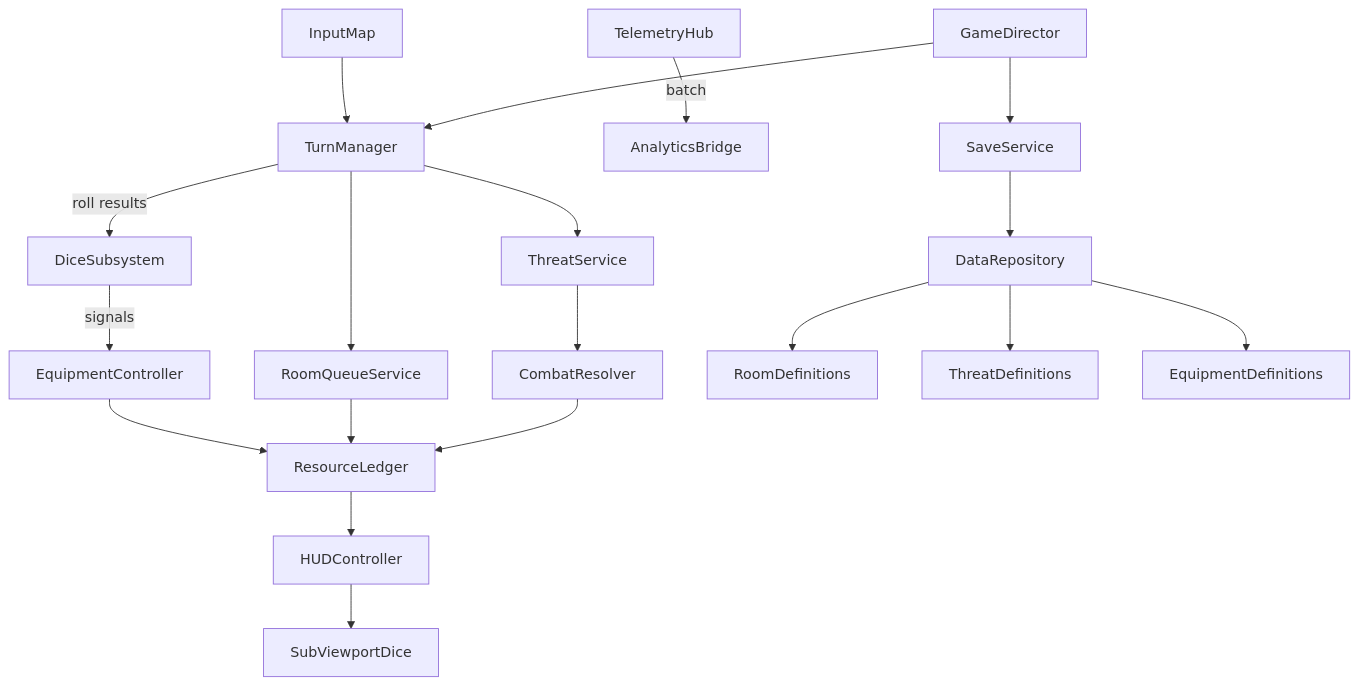
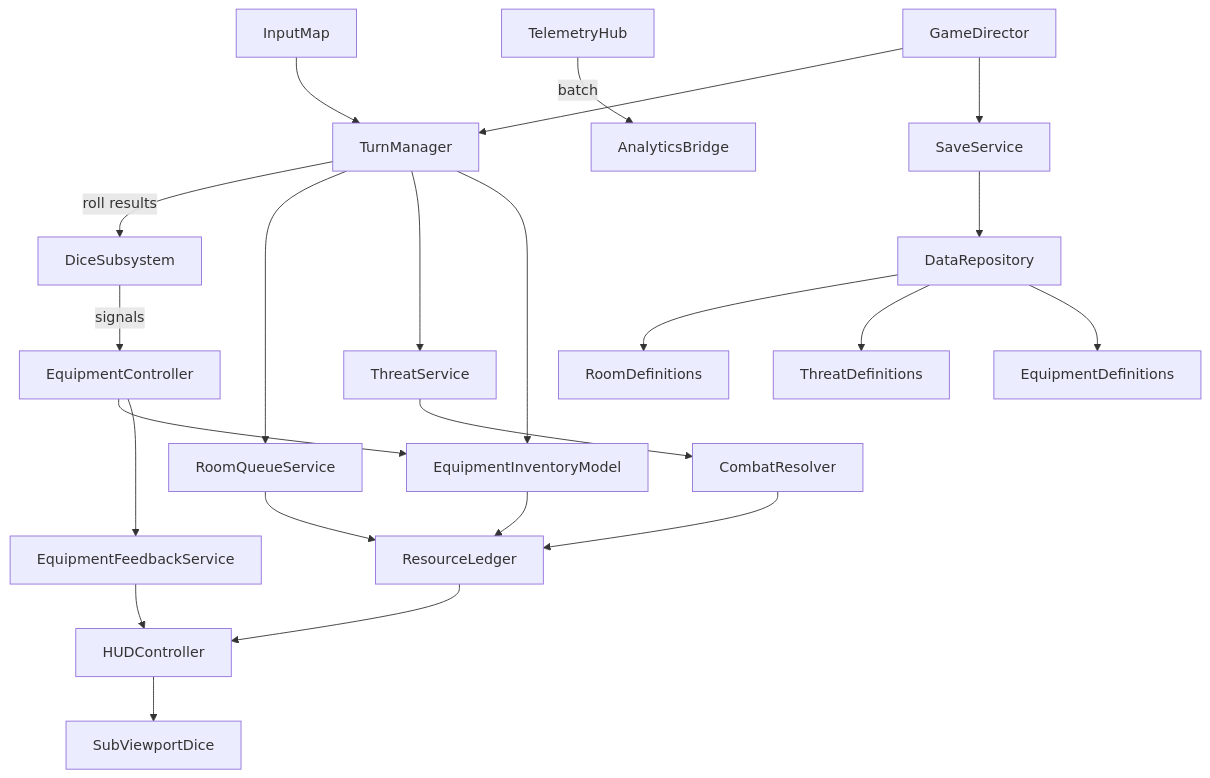
One commit to Cryotube/arkham_lite changed the first of 4 diagrams in docs/architecture.md. Above: the diagram before and after it, drawn with Mermaid. The commit also changed other lines of this file and 19 other files, not shown here.

````diff
--- a/docs/architecture.md
+++ b/docs/architecture.md
@@ -28,24 +29,28 @@
 ```mermaid
 graph TD
     InputMap --> TurnManager
     TurnManager -->|roll results| DiceSubsystem
     TurnManager --> RoomQueueService
     TurnManager --> ThreatService
     DiceSubsystem -->|signals| EquipmentController
-    EquipmentController --> ResourceLedger
+    TurnManager --> EquipmentInventoryModel
+    EquipmentController --> EquipmentInventoryModel
+    EquipmentController --> EquipmentFeedbackService
+    EquipmentInventoryModel --> ResourceLedger
     RoomQueueService --> ResourceLedger
     ThreatService --> CombatResolver
     CombatResolver --> ResourceLedger
     ResourceLedger --> HUDController
     HUDController --> SubViewportDice
+    EquipmentFeedbackService --> HUDController
     TelemetryHub -->|batch| AnalyticsBridge
     GameDirector --> TurnManager
     GameDirector --> SaveService
     SaveService --> DataRepository
     DataRepository --> RoomDefinitions
     DataRepository --> ThreatDefinitions
     DataRepository --> EquipmentDefinitions
     DiceSubsystem
     CombatResolver
     AnalyticsBridge
 ```
````
